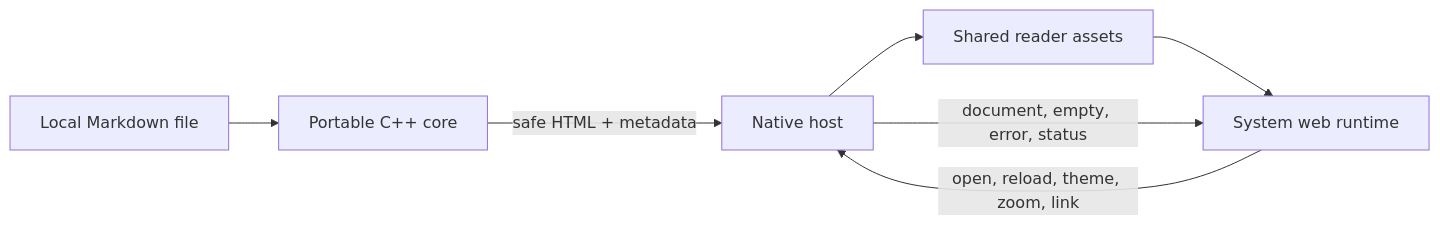
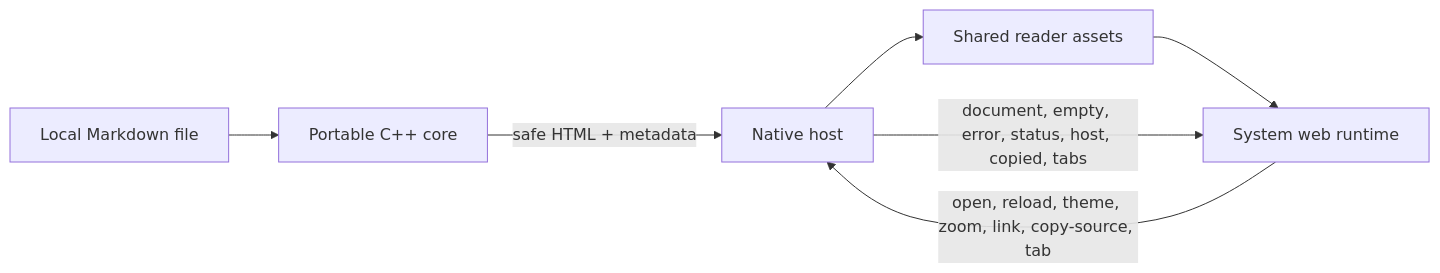
The diagram in docs/architecture/cross-platform-port.md (abooodbah/leanmark), drawn with Mermaid before and after one commit. The commit also changed other lines of this file and 4 other files, not shown here.

First line of the commit message:
docs: tabs, section copy, and the measured footprint

```diff
--- a/docs/architecture/cross-platform-port.md
+++ b/docs/architecture/cross-platform-port.md
@@ -40,9 +40,9 @@
 ~~~mermaid
 flowchart LR
   F[Local Markdown file] --> C[Portable C++ core]
   C -->|safe HTML + metadata| H[Native host]
   H --> R[Shared reader assets]
   R --> W[System web runtime]
-  W -->|open, reload, theme, zoom, link| H
-  H -->|document, empty, error, status| W
+  W -->|open, reload, theme, zoom, link, copy-source, tab| H
+  H -->|document, empty, error, status, host, copied, tabs| W
 ~~~
```
